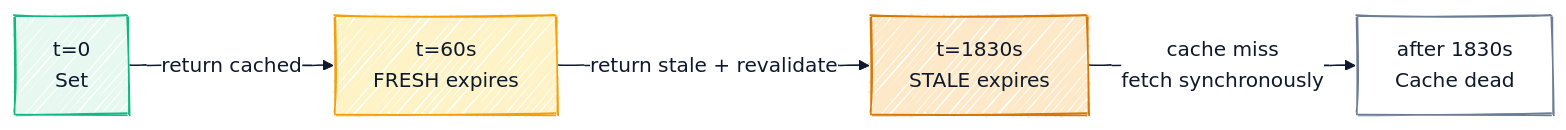
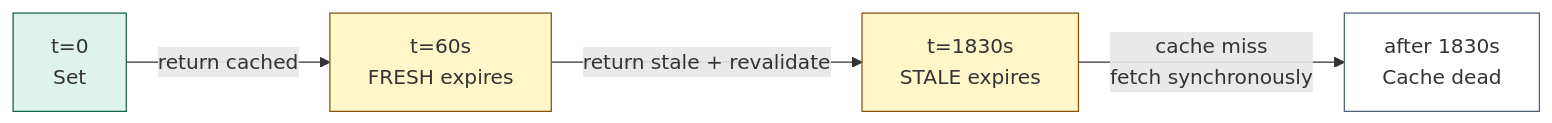
The eighth of 13 diagrams in LLD/CoreConcepts/Redis.md (cartmancodes/InterviewVault), drawn with Mermaid before and after one commit. The commit also changed other lines of this file and 679 other files, not shown here.

Commit message:
Unify content diagrams and add accessible visual walkthroughs

````diff
--- a/LLD/CoreConcepts/Redis.md
+++ b/LLD/CoreConcepts/Redis.md
@@ -516,30 +412,16 @@
 ```mermaid
----
-config:
-  look: handDrawn
-  handDrawnSeed: 7
-  theme: base
-  themeVariables:
-    primaryColor: "#FFFFFF"
-    primaryBorderColor: "#0E1A2B"
-    primaryTextColor: "#0E1A2B"
-    lineColor: "#0E1A2B"
-    clusterBkg: "#FFFFFF"
-    clusterBorder: "#6B7C96"
-    edgeLabelBackground: "#FFFFFF"
----
 graph LR
     T0["t=0<br/>Set"]
     T1["t=60s<br/>FRESH expires"]
     T2["t=1830s<br/>STALE expires"]
     T3["after 1830s<br/>Cache dead"]
 
     T0 -->|return cached| T1
     T1 -->|return stale + revalidate| T2
     T2 -->|cache miss<br/>fetch synchronously| T3
 
-    style T0 fill:#E7F8F1,stroke:#10B981
-    style T1 fill:#FEF3C7,stroke:#F59E0B
-    style T2 fill:#FDE9C8,stroke:#D97706
-    style T3 fill:#FFFFFF,stroke:#6B7C96
+    style T0 fill:#DDF3EC,stroke:#176349
+    style T1 fill:#FFF6C9,stroke:#85520B
+    style T2 fill:#FFF6C9,stroke:#85520B
+    style T3 fill:#FFFFFF,stroke:#4F5F79
 ```
````
